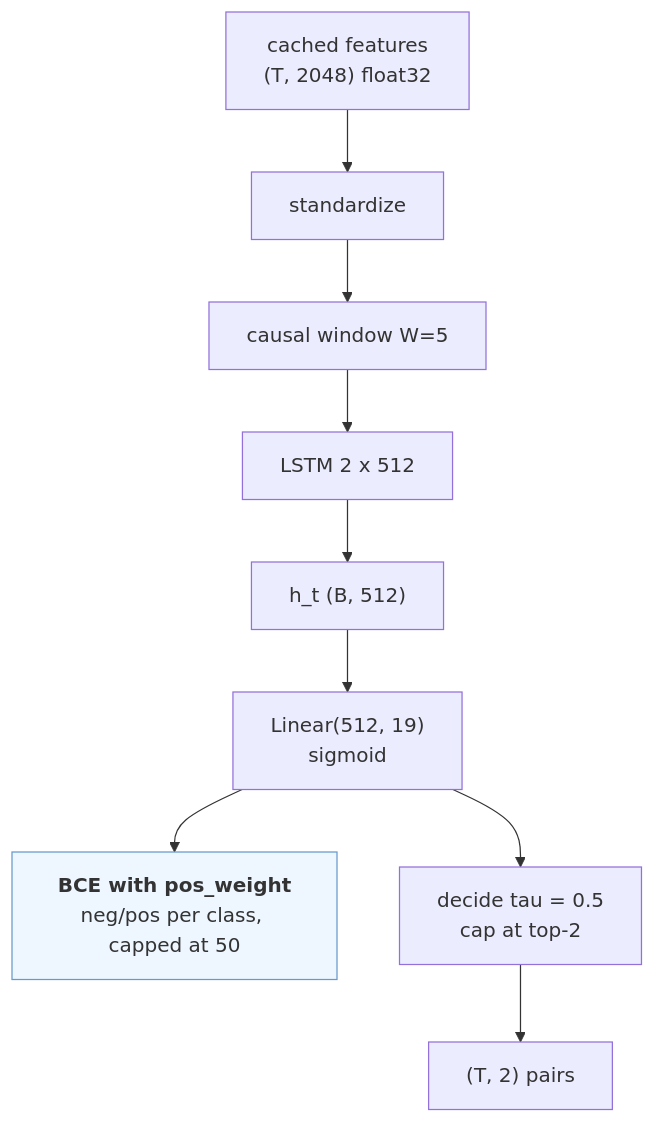
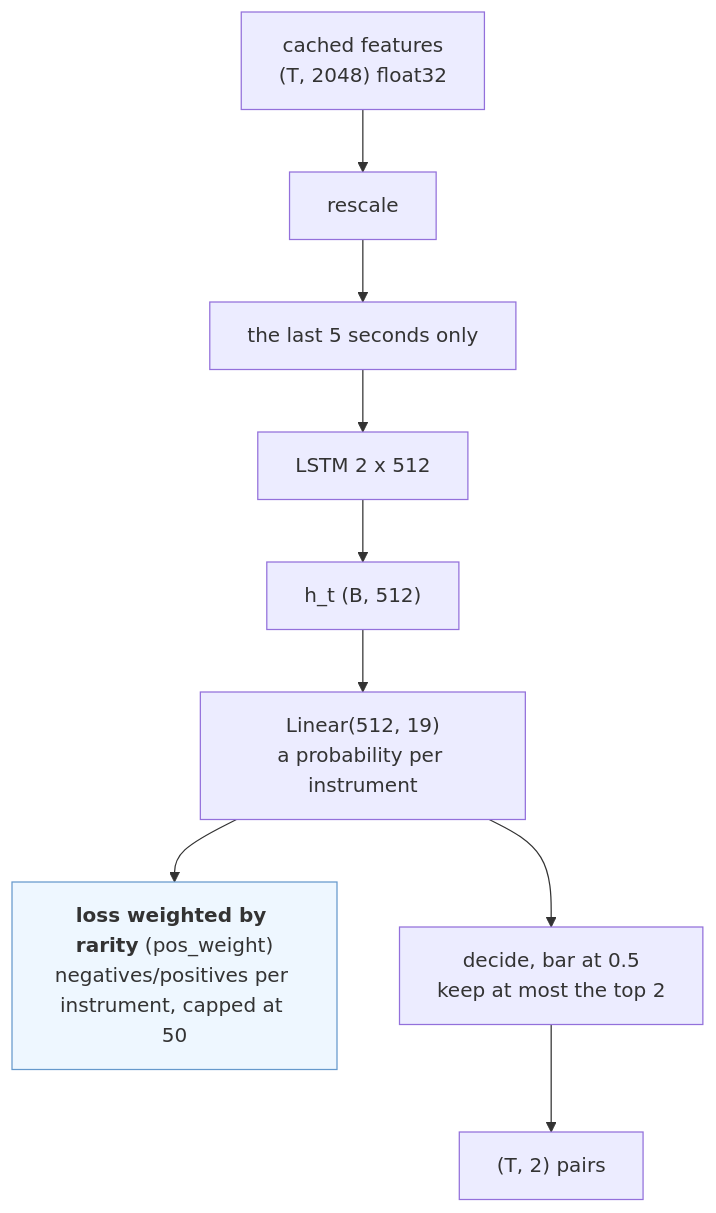
The second of 4 diagrams in notes/models/instrument-variants.md (wylliamunlimited/pitvis-phase-recognition), drawn with Mermaid before and after one commit. The commit also changed other lines of this file, not shown here.

First line of the commit message:
docs(instrument-variants): plain language, same numbers

````diff
--- a/notes/models/instrument-variants.md
+++ b/notes/models/instrument-variants.md
@@ -119,15 +138,15 @@
 ```mermaid
 flowchart TD
     F["cached features<br/>(T, 2048) float32"]
-    STD["standardize"]
-    W["causal window W=5"]
+    STD["rescale"]
+    W["the last 5 seconds only"]
     L["LSTM 2 x 512"]
     H["h_t (B, 512)"]
-    I["Linear(512, 19)<br/>sigmoid"]
-    LOSS["<b>BCE with pos_weight</b><br/>neg/pos per class, capped at 50"]
-    D["decide tau = 0.5<br/>cap at top-2"]
+    I["Linear(512, 19)<br/>a probability per instrument"]
+    LOSS["<b>loss weighted by rarity</b> (pos_weight)<br/>negatives/positives per instrument, capped at 50"]
+    D["decide, bar at 0.5<br/>keep at most the top 2"]
     P["(T, 2) pairs"]
     F --> STD --> W --> L --> H --> I --> LOSS
     I --> D --> P
     style LOSS fill:#eef7ff,stroke:#69c
 ```
````
